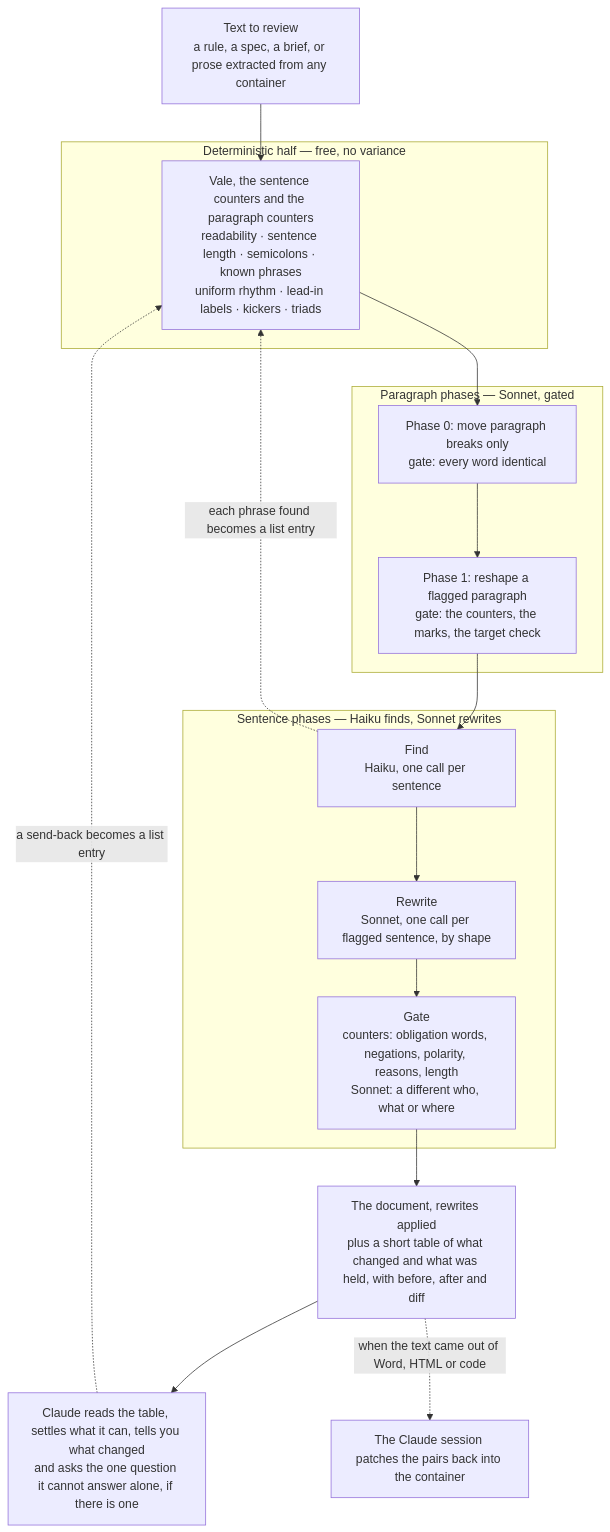
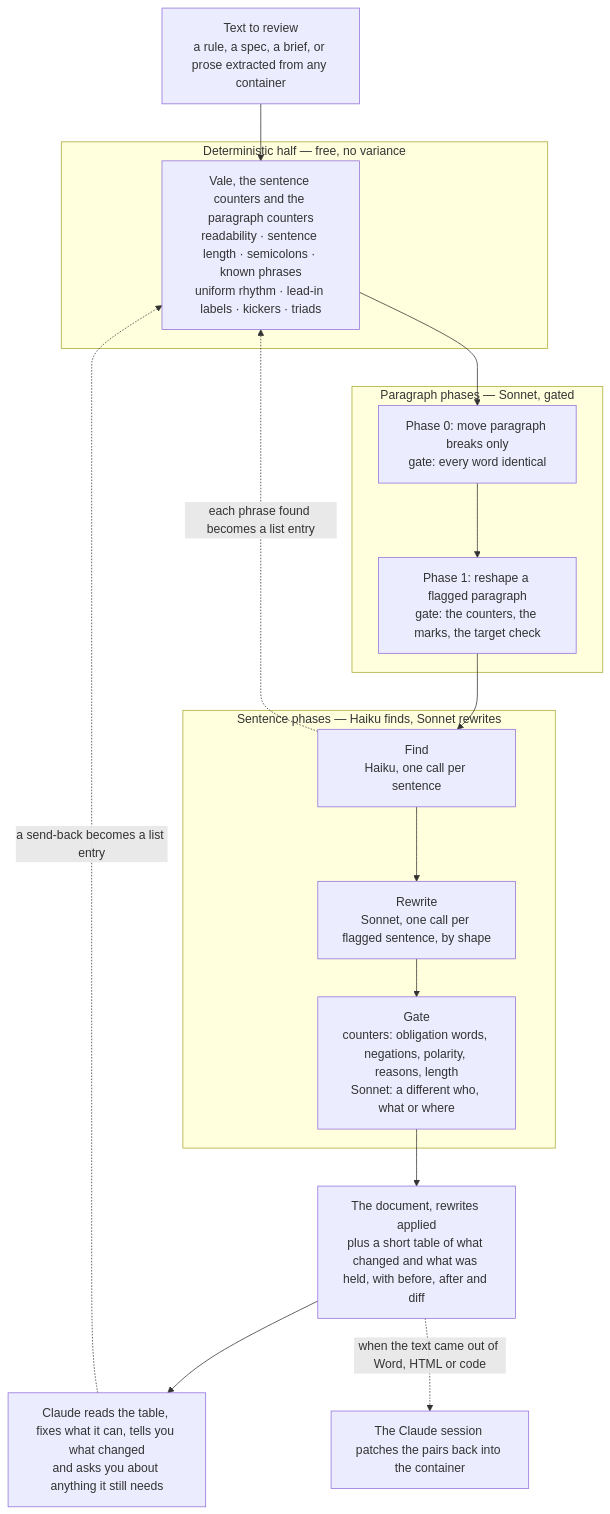
One commit to Fermi-Ventures/claudian-translator changed the diagram in README.md. Above: the diagram before and after it, drawn with Mermaid. The commit also changed other lines of this file and 3 other files, not shown here.

````diff
--- a/README.md
+++ b/README.md
@@ -80,25 +80,25 @@
 ```mermaid
 flowchart TB
   T["Text to review\na rule, a spec, a brief, or prose extracted from any container"] --> V
   subgraph D["Deterministic half — free, no variance"]
     V["Vale, the sentence counters and the paragraph counters\nreadability · sentence length · semicolons · known phrases\nuniform rhythm · lead-in labels · kickers · triads"]
   end
   subgraph S["Paragraph phases — Sonnet, gated"]
     B["Phase 0: move paragraph breaks only\ngate: every word identical"]
     R["Phase 1: reshape a flagged paragraph\ngate: the counters, the marks, the target check"]
     B --> R
   end
   V --> B
   R --> F
   subgraph M["Sentence phases — Haiku finds, Sonnet rewrites"]
     F["Find\nHaiku, one call per sentence"]
     W["Rewrite\nSonnet, one call per flagged sentence, by shape"]
     C["Gate\ncounters: obligation words, negations, polarity, reasons, length\nSonnet: a different who, what or where"]
     F --> W --> C
   end
   C --> O["The document, rewrites applied\nplus a short table of what changed and what was held, with before, after and diff"]
-  O --> H["Claude reads the table, settles what it can, tells you what changed\nand asks the one question it cannot answer alone, if there is one"]
+  O --> H["Claude reads the table, fixes what it can, tells you what changed\nand asks you about anything it still needs"]
   O -. "when the text came out of Word, HTML or code" .-> X["The Claude session patches the pairs back into the container"]
   F -. "each phrase found becomes a list entry" .-> V
   H -. "a send-back becomes a list entry" .-> V
 ```
````
